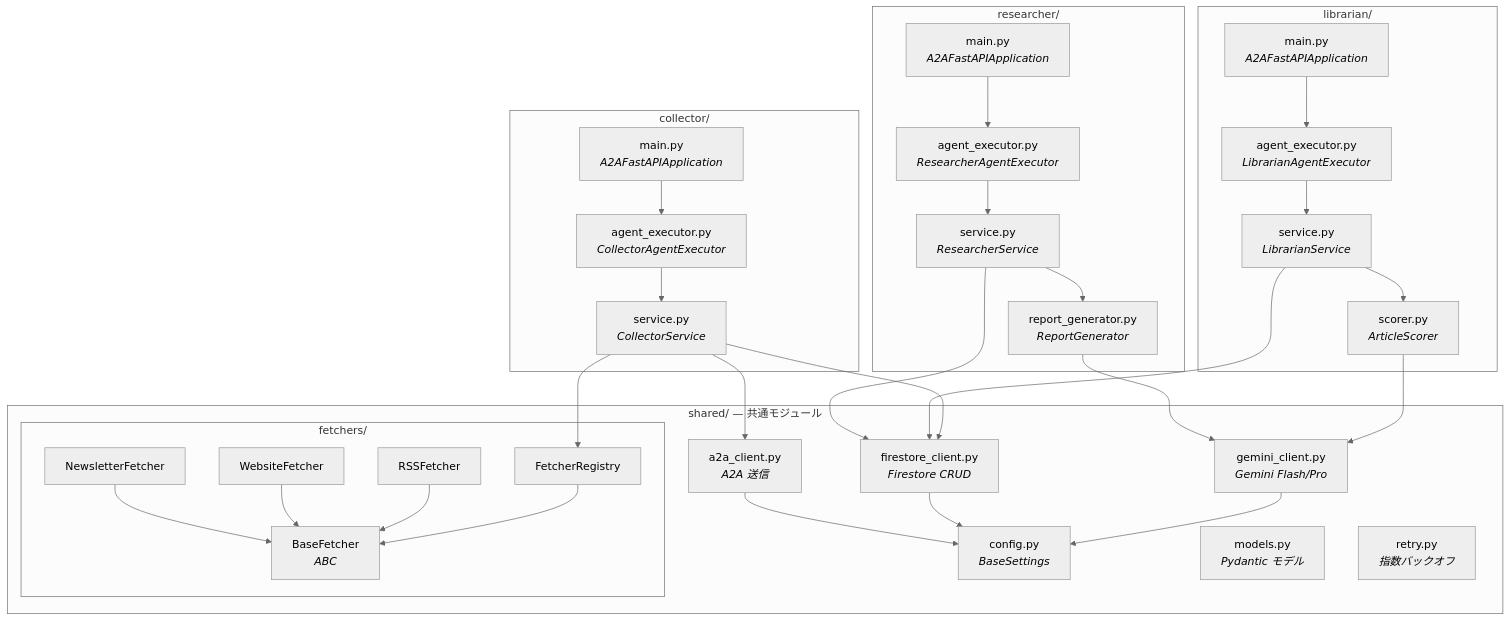
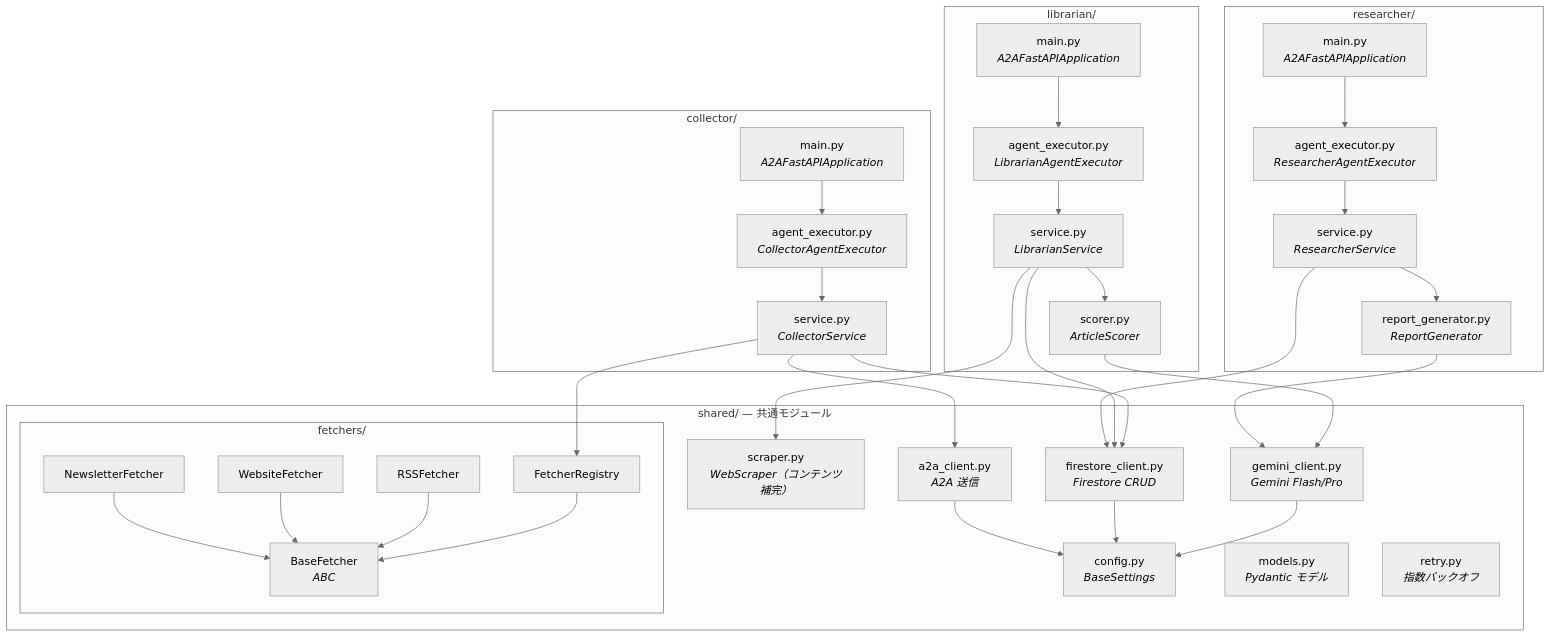
The second of 2 diagrams in docs/backend/implementation.md (Renz0043/curation-persona), drawn with Mermaid (neutral theme) before and after one commit. The commit also changed other lines of this file and 3 other files, not shown here.

````diff
--- a/docs/backend/implementation.md
+++ b/docs/backend/implementation.md
@@ -98,63 +98,65 @@
 ```mermaid
 graph TB
     subgraph shared ["shared/ — 共通モジュール"]
         config["config.py<br/><i>BaseSettings</i>"]
         models["models.py<br/><i>Pydantic モデル</i>"]
         firestore_client["firestore_client.py<br/><i>Firestore CRUD</i>"]
         a2a_client["a2a_client.py<br/><i>A2A 送信</i>"]
         gemini_client["gemini_client.py<br/><i>Gemini Flash/Pro</i>"]
+        scraper["scraper.py<br/><i>WebScraper（コンテンツ補完）</i>"]
         retry["retry.py<br/><i>指数バックオフ</i>"]
 
         subgraph fetchers ["fetchers/"]
             base["BaseFetcher<br/><i>ABC</i>"]
             registry["FetcherRegistry"]
             rss["RSSFetcher"]
             website["WebsiteFetcher"]
             newsletter["NewsletterFetcher"]
         end
     end
 
     subgraph collector ["collector/"]
         c_main["main.py<br/><i>A2AFastAPIApplication</i>"]
         c_executor["agent_executor.py<br/><i>CollectorAgentExecutor</i>"]
         c_service["service.py<br/><i>CollectorService</i>"]
     end
 
     subgraph librarian ["librarian/"]
         l_main["main.py<br/><i>A2AFastAPIApplication</i>"]
         l_executor["agent_executor.py<br/><i>LibrarianAgentExecutor</i>"]
         l_service["service.py<br/><i>LibrarianService</i>"]
         l_scorer["scorer.py<br/><i>ArticleScorer</i>"]
     end
 
     subgraph researcher ["researcher/"]
         r_main["main.py<br/><i>A2AFastAPIApplication</i>"]
         r_executor["agent_executor.py<br/><i>ResearcherAgentExecutor</i>"]
         r_service["service.py<br/><i>ResearcherService</i>"]
         r_report["report_generator.py<br/><i>ReportGenerator</i>"]
     end
 
     c_main --> c_executor --> c_service
     c_service --> firestore_client
     c_service --> a2a_client
     c_service --> registry
 
     l_main --> l_executor --> l_service
     l_service --> firestore_client
     l_service --> l_scorer
+    l_service --> scraper
     l_scorer --> gemini_client
 
     r_main --> r_executor --> r_service
     r_service --> firestore_client
     r_service --> r_report
     r_report --> gemini_client
 
     registry --> base
     rss --> base
     website --> base
     newsletter --> base
 
     gemini_client --> config
     firestore_client --> config
     a2a_client --> config
 ```
````
